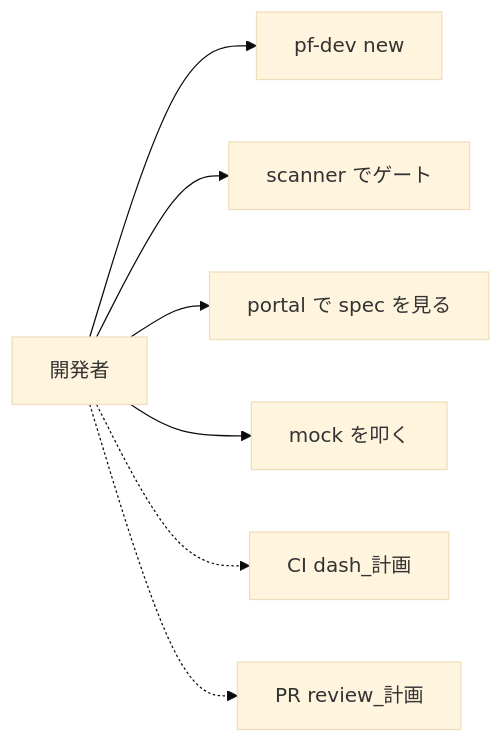
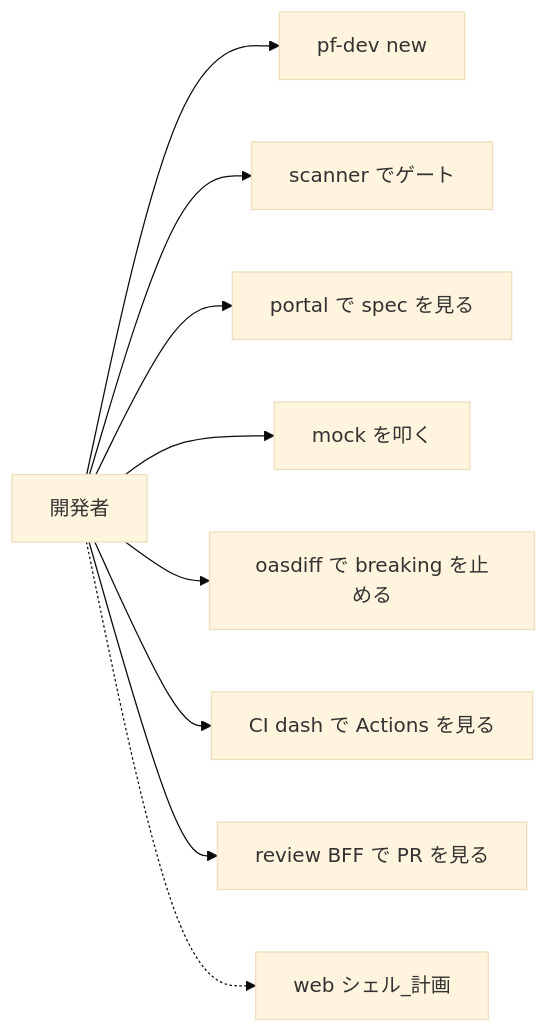
The first of 3 diagrams in portfolio-plan/developer-platform/docs/06-diagrams.md (maeplego/portfolio-plan), drawn with Mermaid (base theme) before and after one commit. The commit also changed other lines of this file and 50 other files, not shown here.

````diff
--- a/portfolio-plan/developer-platform/docs/06-diagrams.md
+++ b/portfolio-plan/developer-platform/docs/06-diagrams.md
@@ -11,9 +11,11 @@
 ```mermaid
 flowchart LR
   Dev[開発者] --> UC1[pf-dev new]
   Dev --> UC2[scanner でゲート]
   Dev --> UC3[portal で spec を見る]
   Dev --> UC4[mock を叩く]
-  Dev -.-> UC5[CI dash_計画]
-  Dev -.-> UC6[PR review_計画]
+  Dev --> UC5[oasdiff で breaking を止める]
+  Dev --> UC6[CI dash で Actions を見る]
+  Dev --> UC7[review BFF で PR を見る]
+  Dev -.-> UC8[web シェル_計画]
 ```
````
